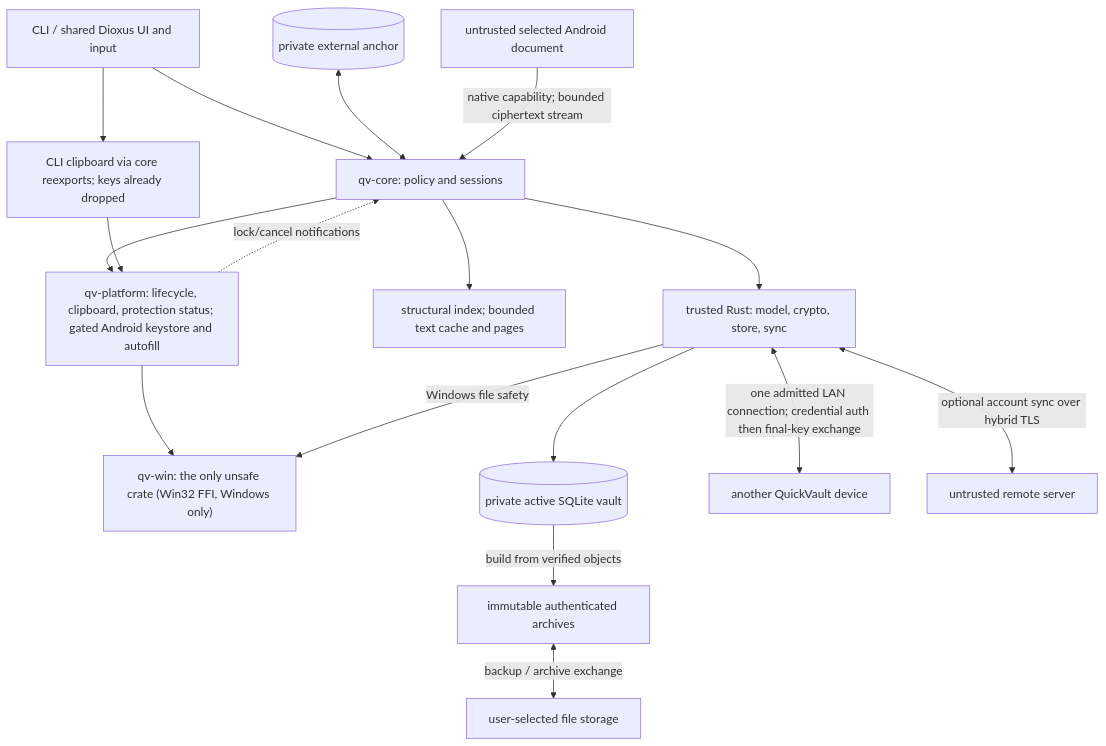
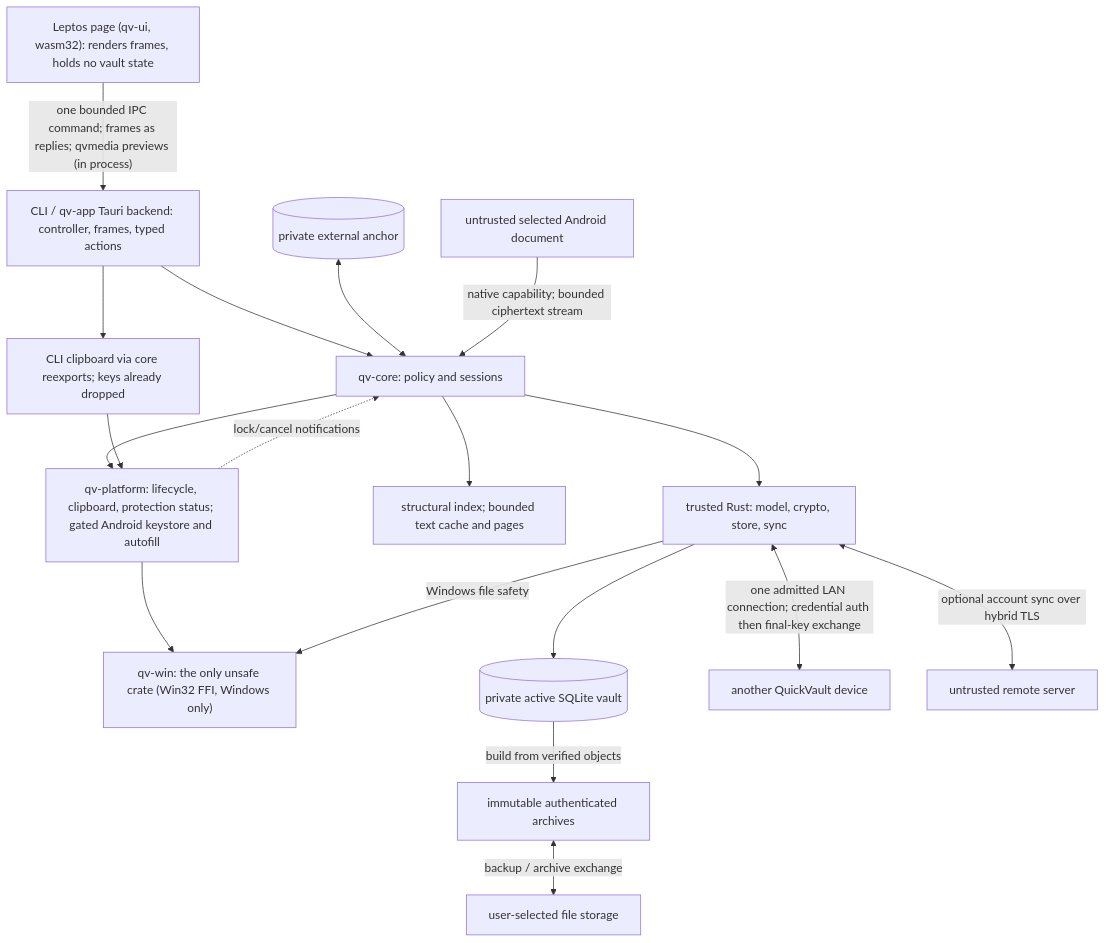
One commit to rdbo/quickvault changed the diagram in ARCHITECTURE.md. Above: the diagram before and after it, drawn with Mermaid. The commit also changed other lines of this file and 264 other files, not shown here.

Commit message:
tauri and leptos rewrite

````diff
--- a/ARCHITECTURE.md
+++ b/ARCHITECTURE.md
@@ -483,19 +488,20 @@
 ```mermaid
 flowchart TB
-    ui["CLI / shared Dioxus UI and input"] --> core["qv-core: policy and sessions"]
+    page["Leptos page (qv-ui, wasm32): renders frames, holds no vault state"] -->|"one bounded IPC command; frames as replies; qvmedia previews (in process)"| ui
+    ui["CLI / qv-app Tauri backend: controller, frames, typed actions"] --> core["qv-core: policy and sessions"]
     core --> rust["trusted Rust: model, crypto, store, sync"]
     core --> views["structural index; bounded text cache and pages"]
     core --> platform["qv-platform: lifecycle, clipboard, protection status; gated Android keystore and autofill"]
     platform --> win["qv-win: the only unsafe crate (Win32 FFI, Windows only)"]
     rust -->|"Windows file safety"| win
     platform -. "lock/cancel notifications" .-> core
     ui --> clip["CLI clipboard via core reexports; keys already dropped"]
     clip --> platform
     rust --> db[("private active SQLite vault")]
     db -->|"build from verified objects"| snapshot["immutable authenticated archives"]
     snapshot <-->|"backup / archive exchange"| files["user-selected file storage"]
     rust <-->|"one admitted LAN connection; credential auth then final-key exchange"| peer["another QuickVault device"]
     rust <-->|"optional account sync over hybrid TLS"| server["untrusted remote server"]
     anchor[("private external anchor")] <--> core
     document["untrusted selected Android document"] -->|"native capability; bounded ciphertext stream"| core
 ```
````
